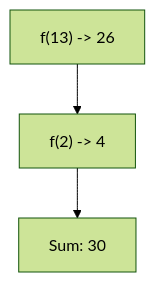
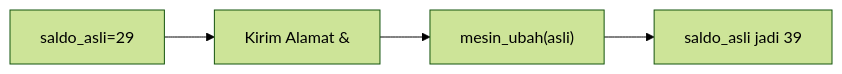
One commit to amnahwaida/OSNK_INF_PREP changed diagram 16 of 25 in part-c-pemahaman-cpp/04-fungsi/latihan/set-12.md. Above: the diagram before and after it, drawn with Mermaid (forest theme). The commit also changed other lines of this file and 71 other files, not shown here.

````diff
--- a/part-c-pemahaman-cpp/04-fungsi/latihan/set-12.md
+++ b/part-c-pemahaman-cpp/04-fungsi/latihan/set-12.md
@@ -420,5 +441,6 @@
 ```mermaid
-graph TD
-A["f(13) -> 26"] --> B["f(2) -> 4"]
-B --> C["Sum: 30"]
+graph LR
+A["saldo_asli=29"] --> B["Kirim Alamat &"]
+B --> C["mesin_ubah(asli)"]
+C --> D["saldo_asli jadi 39"]
 ```
````
